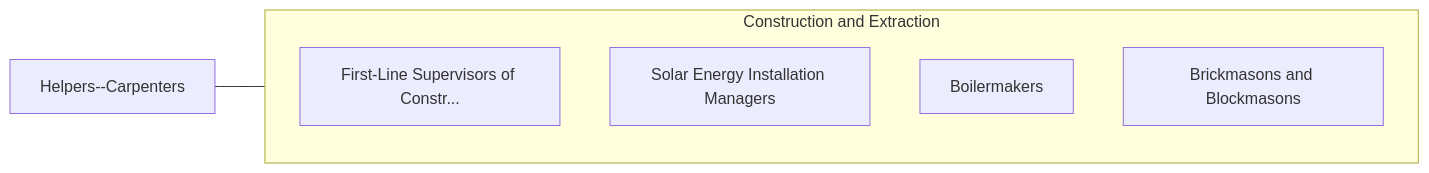
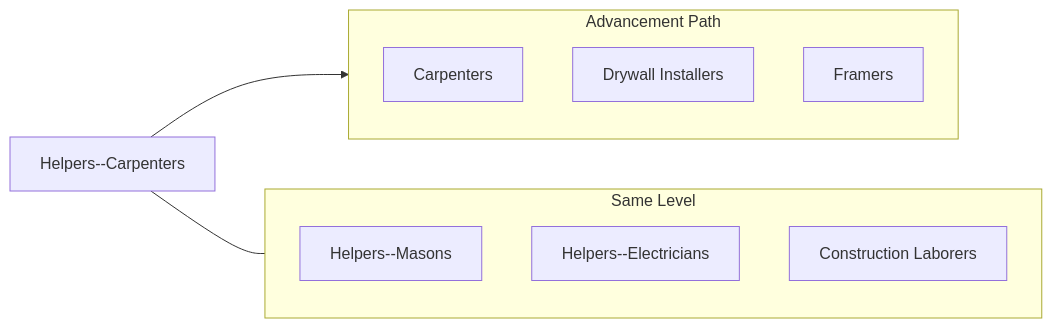
One commit to kziemski/business.org.ai changed the fourth of 4 diagrams in occupations/Construction/HelpersCarpenters.mdx. Above: the diagram before and after it, drawn with Mermaid. The commit also changed other lines of this file and 938 other files, not shown here.

````diff
--- a/occupations/Construction/HelpersCarpenters.mdx
+++ b/occupations/Construction/HelpersCarpenters.mdx
@@ -123,13 +154,19 @@
 ```mermaid
 graph LR
     Current["Helpers--Carpenters"]
 
-    subgraph SameCategory["Construction and Extraction"]
-        FirstLineSupervisors["First-Line Supervisors of Constr..."]
-        SolarEnergyInstallat["Solar Energy Installation Managers"]
-        Boilermakers["Boilermakers"]
-        BrickmasonsAndBlockm["Brickmasons and Blockmasons"]
+    subgraph Advancement["Advancement Path"]
+        Carpenter["Carpenters"]
+        Drywall["Drywall Installers"]
+        Framer["Framers"]
     end
 
-    Current --- SameCategory
+    subgraph SameLevel["Same Level"]
+        MasonHelp["Helpers--Masons"]
+        ElecHelp["Helpers--Electricians"]
+        Laborer["Construction Laborers"]
+    end
+
+    Current --> Advancement
+    Current --- SameLevel
 ```
````
